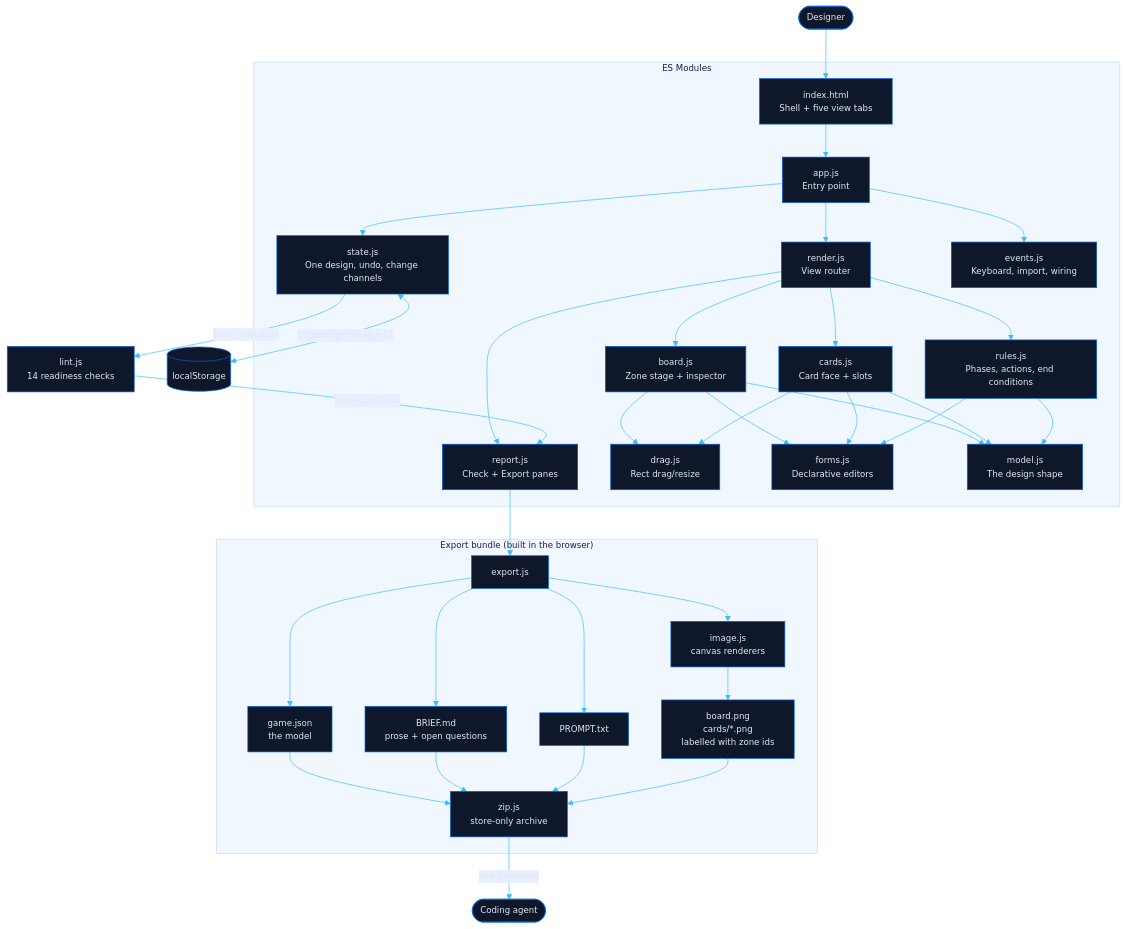
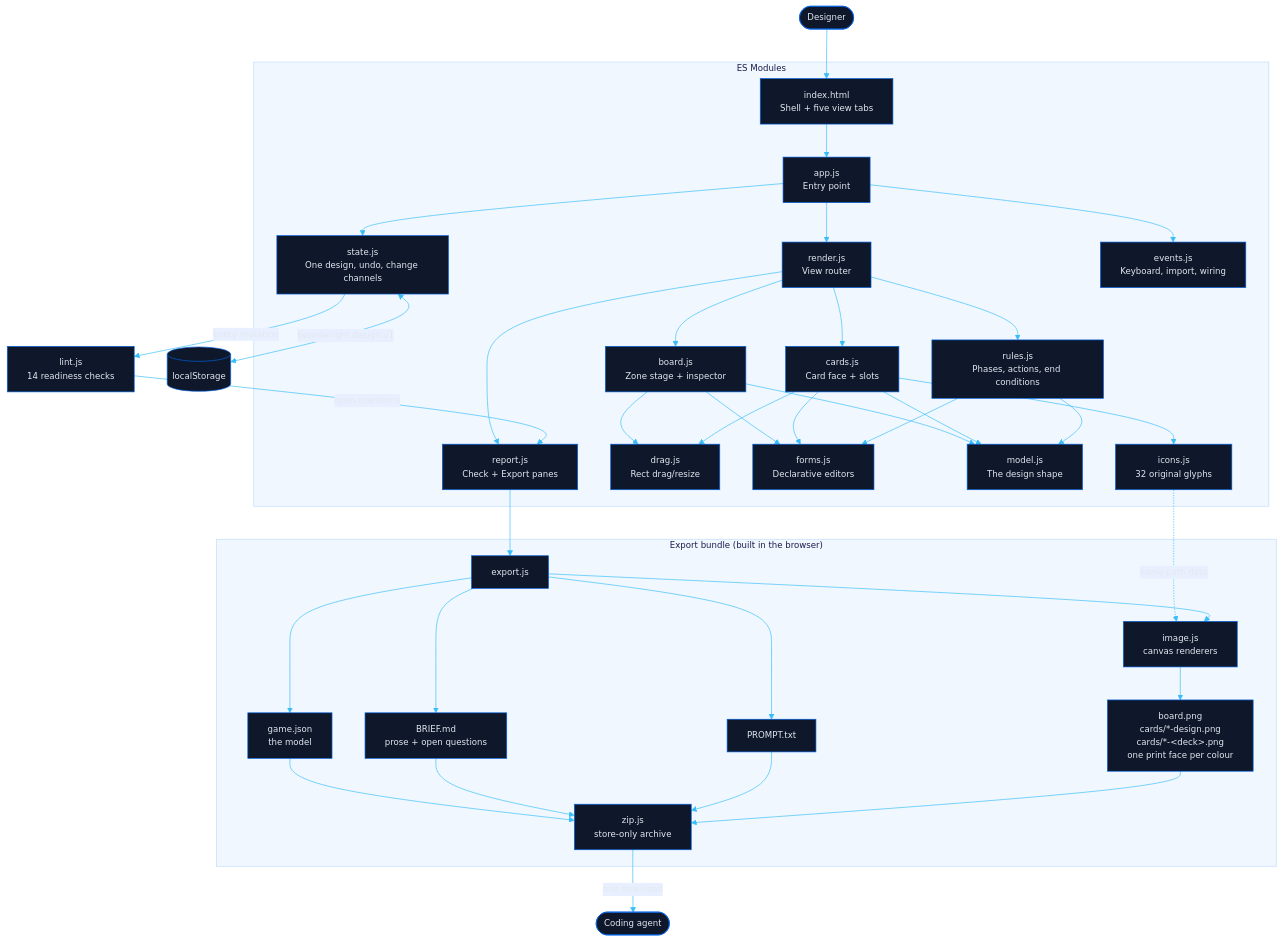
Before and after one commit to energon-a-secas/boardwright-site: the diagram in docs/architecture.mmd, drawn with Mermaid. The commit also changed 2 other files, not shown here.

Commit message:
docs: card styling in the README and the architecture diagram

```diff
--- a/docs/architecture.mmd
+++ b/docs/architecture.mmd
@@ -1,53 +1,55 @@
 ---
 config:
   theme: base
   themeVariables:
     primaryColor: "#0f172a"
     primaryTextColor: "#e2e8f0"
     primaryBorderColor: "#0063e5"
     lineColor: "#38bdf8"
     secondaryColor: "#1e293b"
     tertiaryColor: "#1e293b"
     clusterBkg: "#f0f7ff"
     clusterBorder: "#bfdbfe"
     edgeLabelBackground: "#e8f0ff"
     mainBkg: "#0f172a"
     nodeBorder: "#0063e5"
     titleColor: "#1e1b4b"
     fontFamily: "ui-sans-serif, system-ui, -apple-system, sans-serif"
     fontSize: "13px"
 ---
 flowchart TB
     User([Designer]) --> HTML["index.html<br/>Shell + five view tabs"]
 
     subgraph App["ES Modules"]
         HTML --> app["app.js<br/>Entry point"]
         app --> state["state.js<br/>One design, undo, change channels"]
         app --> render["render.js<br/>View router"]
         app --> events["events.js<br/>Keyboard, import, wiring"]
 
         render --> board["board.js<br/>Zone stage + inspector"]
         render --> cards["cards.js<br/>Card face + slots"]
         render --> rules["rules.js<br/>Phases, actions, end conditions"]
         render --> report["report.js<br/>Check + Export panes"]
 
         board & cards --> drag["drag.js<br/>Rect drag/resize"]
         board & cards & rules --> forms["forms.js<br/>Declarative editors"]
         board & cards & rules --> model["model.js<br/>The design shape"]
+        cards --> icons["icons.js<br/>32 original glyphs"]
     end
 
     state <-->|"boardwright.design.v1"| Storage[("localStorage")]
     state -->|"every mutation"| lint["lint.js<br/>14 readiness checks"]
     lint -->|"open questions"| report
 
     subgraph Bundle["Export bundle (built in the browser)"]
         exp["export.js"] --> json["game.json<br/>the model"]
         exp --> brief["BRIEF.md<br/>prose + open questions"]
         exp --> prompt["PROMPT.txt"]
-        image["image.js<br/>canvas renderers"] --> pngs["board.png<br/>cards/*.png<br/>labelled with zone ids"]
+        image["image.js<br/>canvas renderers"] --> pngs["board.png<br/>cards/*-design.png<br/>cards/*-&lt;deck&gt;.png<br/>one print face per colour"]
+        icons -.->|"same path data"| image
         json & brief & prompt & pngs --> zip["zip.js<br/>store-only archive"]
     end
 
     report --> exp
     exp --> image
     zip -->|"one download"| Agent([Coding agent])
```
